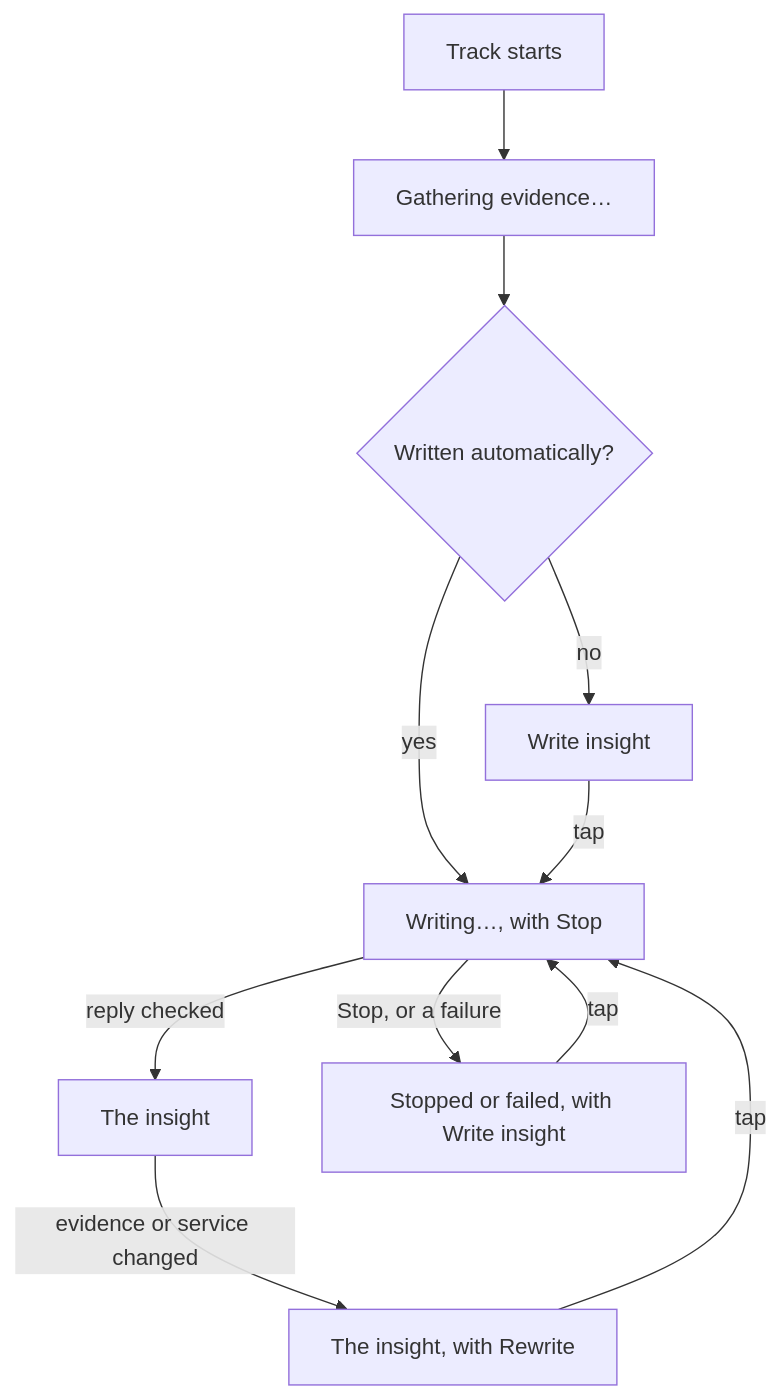
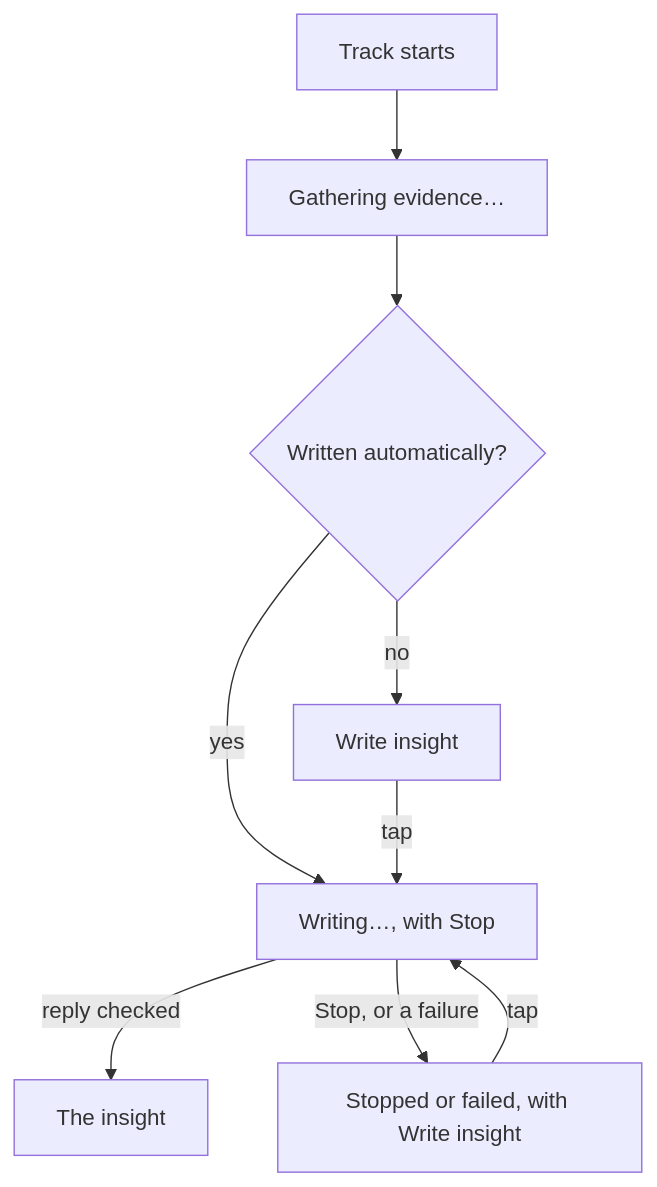
One commit to wkusnierczyk/sleevesight changed the diagram in docs/tutorials/usage/index.md. Above: the diagram before and after it, drawn with Mermaid. The commit also changed other lines of this file and 44 other files, not shown here.

````diff
--- a/docs/tutorials/usage/index.md
+++ b/docs/tutorials/usage/index.md
@@ -153,13 +153,11 @@
 ```mermaid
 flowchart TD
   A[Track starts] --> B[Gathering evidence…]
   B --> C{Written automatically?}
   C -- yes --> D[Writing…, with Stop]
   C -- no --> E[Write insight]
   E -- tap --> D
   D -- reply checked --> F[The insight]
   D -- Stop, or a failure --> G[Stopped or failed, with Write insight]
   G -- tap --> D
-  F -- evidence or service changed --> H[The insight, with Rewrite]
-  H -- tap --> D
 ```
````
